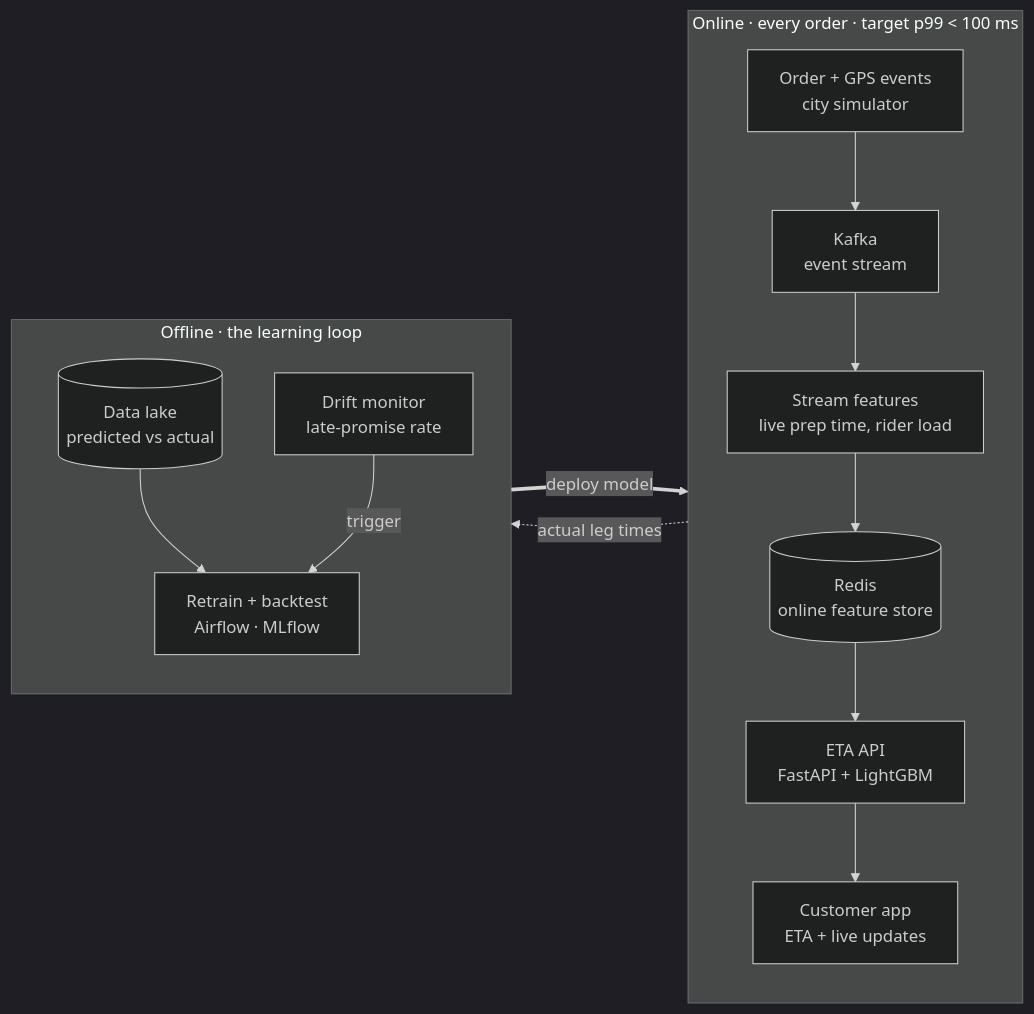
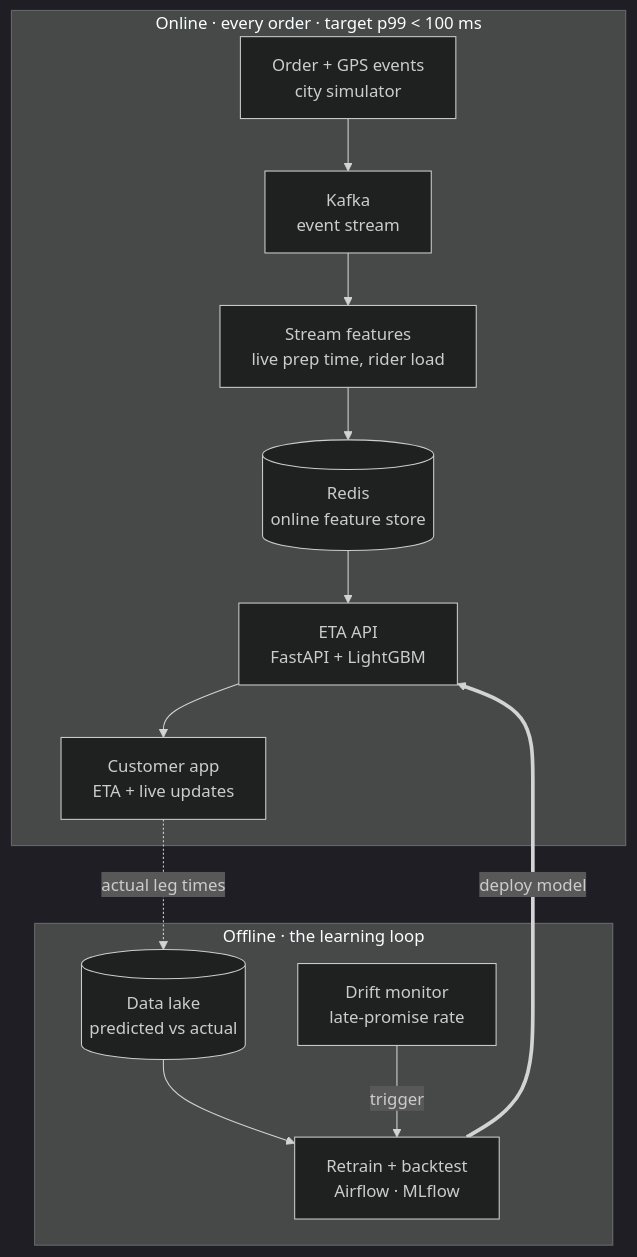
Before and after one commit to Harnoor001/Realtime-Delivery-ETA: the diagram in README.md, drawn with Mermaid (dark theme).

Commit message:
Fix architecture diagram layout to flow top to bottom

````diff
--- a/README.md
+++ b/README.md
@@ -30,20 +30,18 @@
 ```mermaid
-flowchart LR
+flowchart TB
     subgraph ONLINE["Online · every order · target p99 < 100 ms"]
-        direction TB
         A[Order + GPS events<br/>city simulator] --> B[Kafka<br/>event stream]
         B --> C[Stream features<br/>live prep time, rider load]
         C --> D[(Redis<br/>online feature store)]
         D --> E[ETA API<br/>FastAPI + LightGBM]
         E --> F[Customer app<br/>ETA + live updates]
     end
 
     subgraph OFFLINE["Offline · the learning loop"]
-        direction TB
         G[(Data lake<br/>predicted vs actual)] --> H[Retrain + backtest<br/>Airflow · MLflow]
         I[Drift monitor<br/>late-promise rate] -->|trigger| H
     end
 
     F -.->|actual leg times| G
     H ==>|deploy model| E
 ```
````
